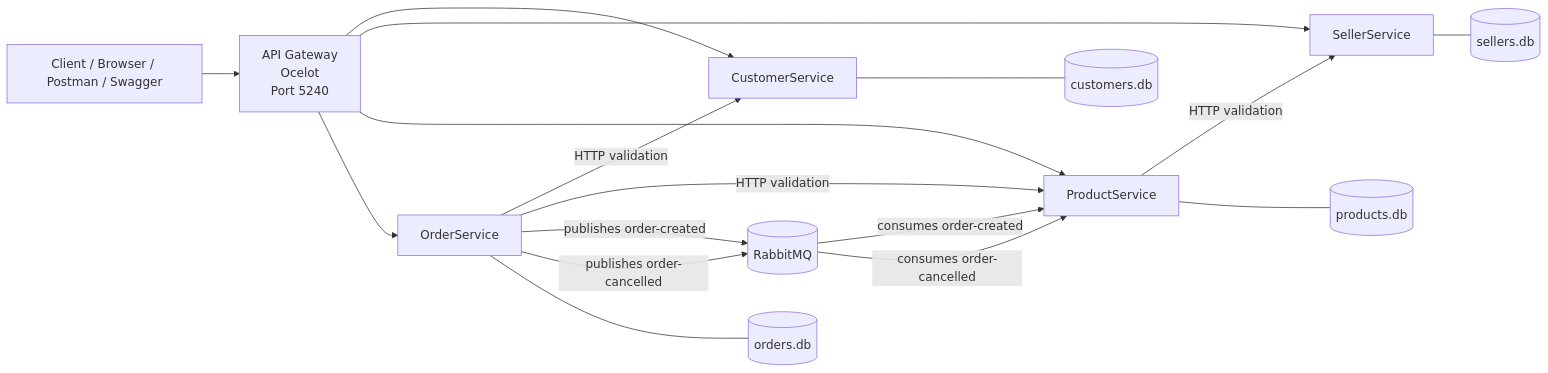
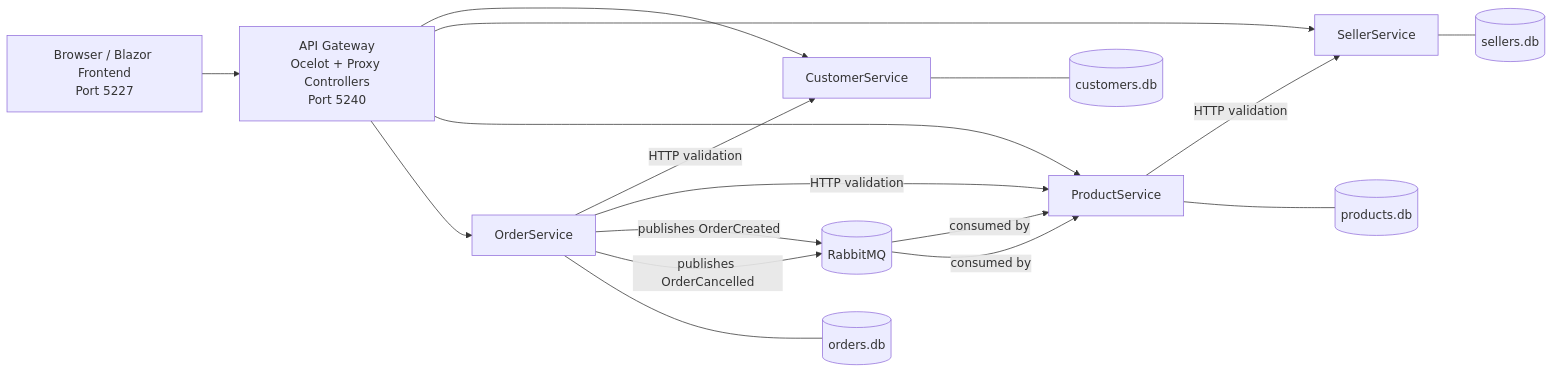
One commit to ZIYANQIU/ecommerce-microservices-midterm changed the diagram in README.md. Above: the diagram before and after it, drawn with Mermaid. The commit also changed other lines of this file and 25 other files, not shown here.

````diff
--- a/README.md
+++ b/README.md
@@ -22,38 +24,38 @@
 ```mermaid
 flowchart LR
-    Client[Client / Browser / Postman / Swagger]
-    Gateway[API Gateway\nOcelot\nPort 5240]
+    Browser[Browser / Blazor Frontend\nPort 5227]
+    Gateway[API Gateway\nOcelot + Proxy Controllers\nPort 5240]
 
     CS[CustomerService]
     SS[SellerService]
     PS[ProductService]
     OS[OrderService]
 
     CDB[(customers.db)]
     SDB[(sellers.db)]
     PDB[(products.db)]
     ODB[(orders.db)]
 
     MQ[(RabbitMQ)]
 
-    Client --> Gateway
+    Browser --> Gateway
     Gateway --> CS
     Gateway --> SS
     Gateway --> PS
     Gateway --> OS
 
     OS -- HTTP validation --> CS
     OS -- HTTP validation --> PS
     PS -- HTTP validation --> SS
 
-    OS -- publishes order-created --> MQ
-    MQ -- consumes order-created --> PS
+    OS -- publishes OrderCreated --> MQ
+    MQ -- consumed by --> PS
 
-    OS -- publishes order-cancelled --> MQ
-    MQ -- consumes order-cancelled --> PS
+    OS -- publishes OrderCancelled --> MQ
+    MQ -- consumed by --> PS
 
     CS --- CDB
     SS --- SDB
     PS --- PDB
     OS --- ODB
 ```
````
